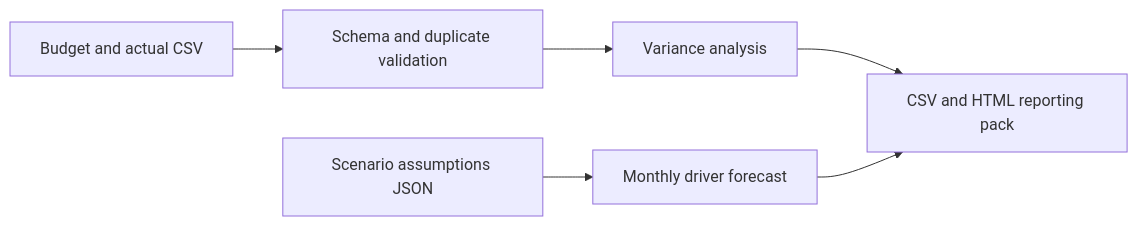
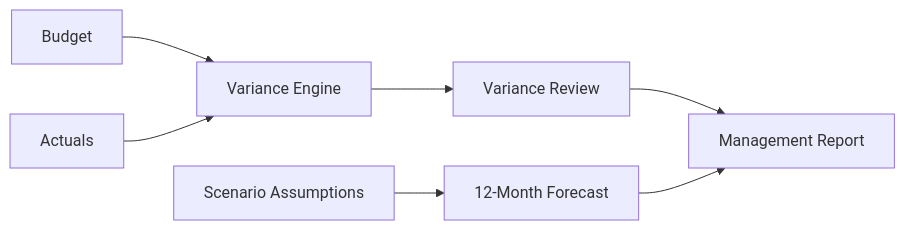
Before and after one commit to lavontejones/fpa-toolkit: the diagram in README.md, drawn with Mermaid. The commit also changed other lines of this file, not shown here.

````diff
--- a/README.md
+++ b/README.md
@@ -20,8 +1,9 @@
 ```mermaid
 flowchart LR
-  A[Budget and actual CSV] --> V[Schema and duplicate validation]
-  V --> B[Variance analysis]
-  J[Scenario assumptions JSON] --> F[Monthly driver forecast]
-  B --> O[CSV and HTML reporting pack]
-  F --> O
+   A[Budget] --> C[Variance Engine]
+   B[Actuals] --> C
+   C --> D[Variance Review]
+   E[Scenario Assumptions] --> F[12-Month Forecast]
+   D --> G[Management Report]
+   F --> G
 ```
````
